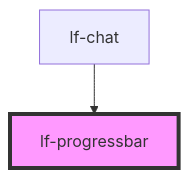
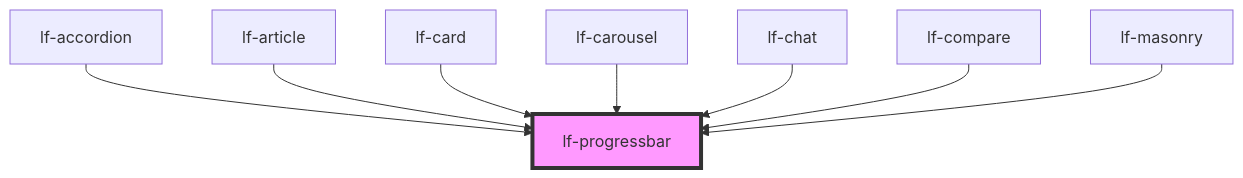
Before and after one commit to lucafoscili/lf-widgets: the diagram in packages/core/src/components/lf-progressbar/readme.md, drawn with Mermaid. The commit also changed other lines of this file and 31 other files, not shown here.

````diff
--- a/packages/core/src/components/lf-progressbar/readme.md
+++ b/packages/core/src/components/lf-progressbar/readme.md
@@ -110,5 +116,11 @@
 ```mermaid
 graph TD;
+  lf-accordion --> lf-progressbar
+  lf-article --> lf-progressbar
+  lf-card --> lf-progressbar
+  lf-carousel --> lf-progressbar
   lf-chat --> lf-progressbar
+  lf-compare --> lf-progressbar
+  lf-masonry --> lf-progressbar
   style lf-progressbar fill:#f9f,stroke:#333,stroke-width:4px
 ```
````
